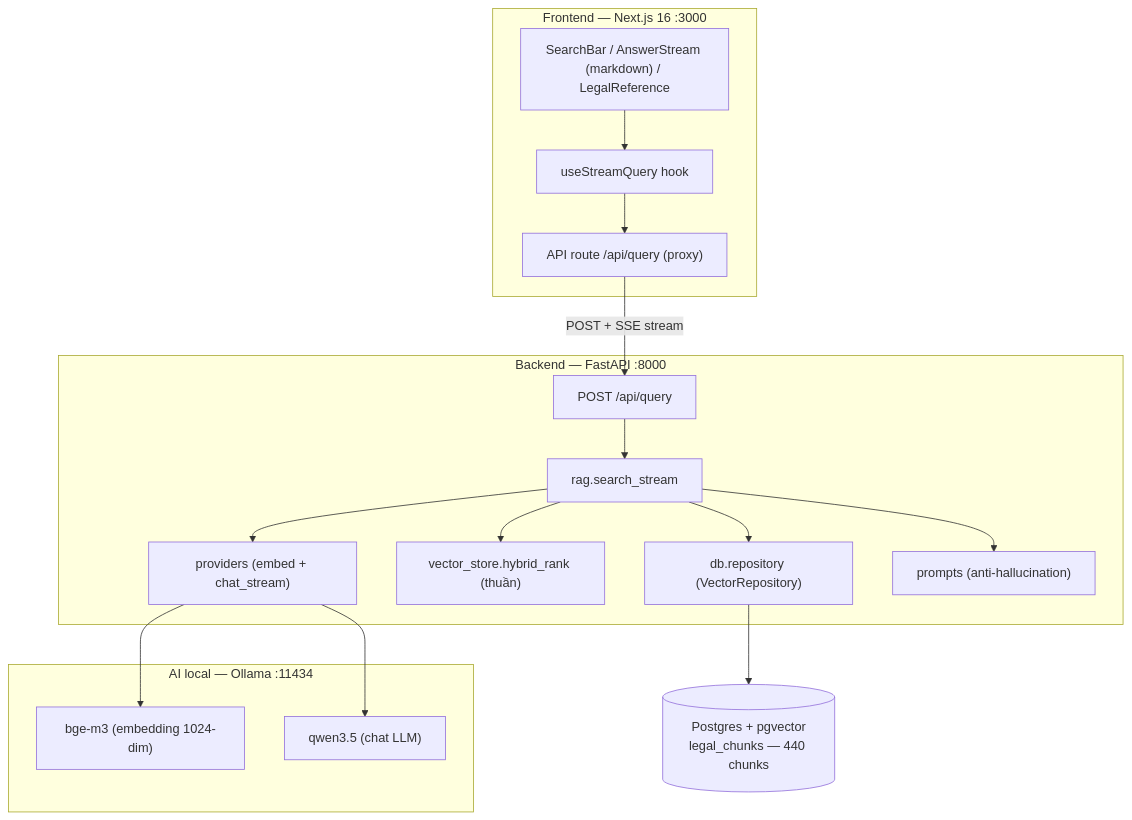
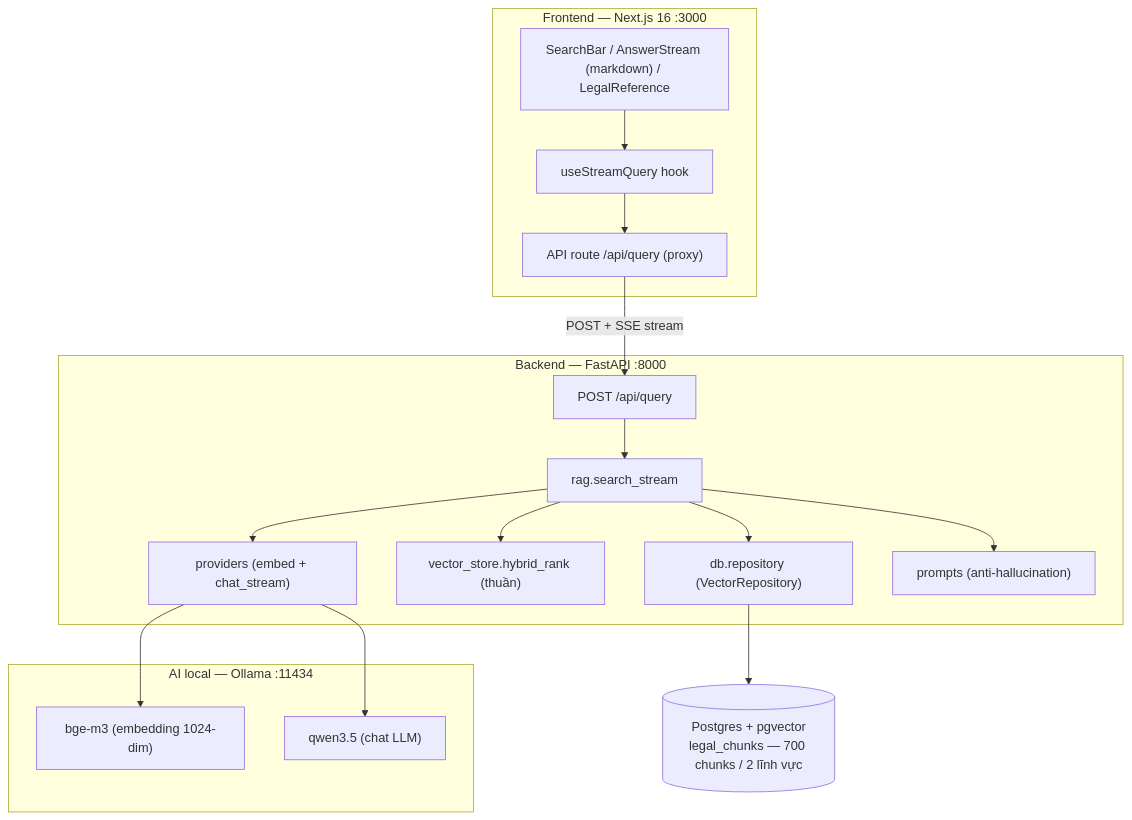
One commit to hoanghainh1188/vn-legal-ai-assistant changed the first of 6 diagrams in docs/architecture.md. Above: the diagram before and after it, drawn with Mermaid. The commit also changed other lines of this file and 7 other files, not shown here.

First line of the commit message:
feat(009): thêm lĩnh vực Đất đai — Luật Đất đai 2024 (F2)

````diff
--- a/docs/architecture.md
+++ b/docs/architecture.md
@@ -27,35 +27,35 @@
 ```mermaid
 graph TB
     subgraph Client["Frontend — Next.js 16 :3000"]
         UI["SearchBar / AnswerStream (markdown) / LegalReference"]
         Hook["useStreamQuery hook"]
         Proxy["API route /api/query (proxy)"]
         UI --> Hook --> Proxy
     end
 
     subgraph Server["Backend — FastAPI :8000"]
         Router["POST /api/query"]
         RAG["rag.search_stream"]
         Repo["db.repository (VectorRepository)"]
         VS["vector_store.hybrid_rank (thuần)"]
         LLM["providers (embed + chat_stream)"]
         Prompt["prompts (anti-hallucination)"]
         Router --> RAG
         RAG --> Repo
         RAG --> VS
         RAG --> Prompt
         RAG --> LLM
     end
 
     subgraph AI["AI local — Ollama :11434"]
         BGE["bge-m3 (embedding 1024-dim)"]
         QWEN["qwen3.5 (chat LLM)"]
     end
 
-    PG[("Postgres + pgvector<br/>legal_chunks — 440 chunks")]
+    PG[("Postgres + pgvector<br/>legal_chunks — 700 chunks / 2 lĩnh vực")]
 
     Proxy -->|"POST + SSE stream"| Router
     Repo --> PG
     LLM --> BGE
     LLM --> QWEN
 ```
````
